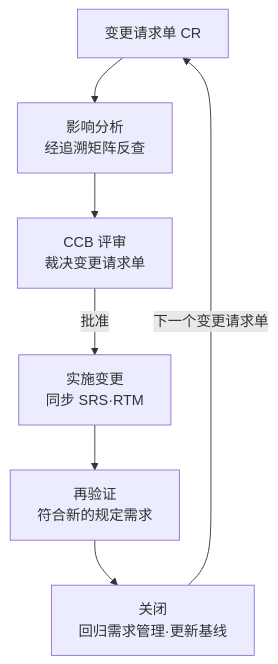
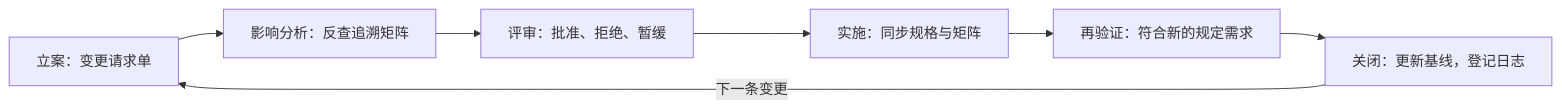
One commit to Yongjunzhou/business-Engineering changed the first of 2 diagrams in 10-系统工程研究/03-架构师是个怎样的物种/04-第4章-需求工程-把诉求变成需求规格.md. Above: the diagram before and after it, drawn with Mermaid. The commit also changed other lines of this file and 6 other files, not shown here.

````diff
--- a/10-系统工程研究/03-架构师是个怎样的物种/04-第4章-需求工程-把诉求变成需求规格.md
+++ b/10-系统工程研究/03-架构师是个怎样的物种/04-第4章-需求工程-把诉求变成需求规格.md
@@ -246,9 +411,9 @@
 ```mermaid
-flowchart TD
-    CR["变更请求单 CR"] --> IA["影响分析<br/>经追溯矩阵反查"]
-    IA --> CCB["CCB 评审<br/>裁决变更请求单"]
-    CCB -->|批准| IMP["实施变更<br/>同步 SRS·RTM"]
-    IMP --> VER["再验证<br/>符合新的规定需求"]
-    VER --> CL["关闭<br/>回归需求管理·更新基线"]
-    CL -->|下一个变更请求单| CR
+flowchart LR
+    CR["立案：变更请求单"] --> IA["影响分析：反查追溯矩阵"]
+    IA --> CCB["评审：批准、拒绝、暂缓"]
+    CCB --> IMP["实施：同步规格与矩阵"]
+    IMP --> VER["再验证：符合新的规定需求"]
+    VER --> CL["关闭：更新基线，登记日志"]
+    CL -->|下一条变更| CR
 ```
````
